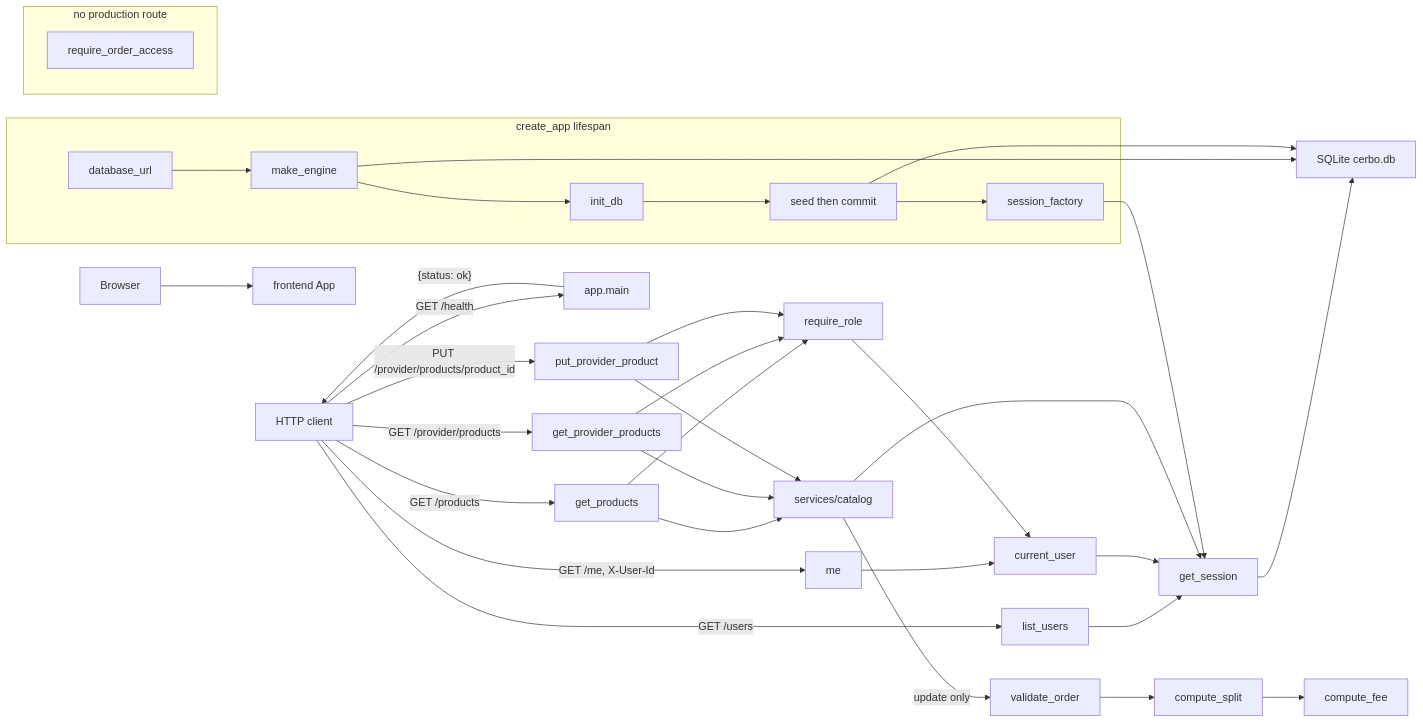
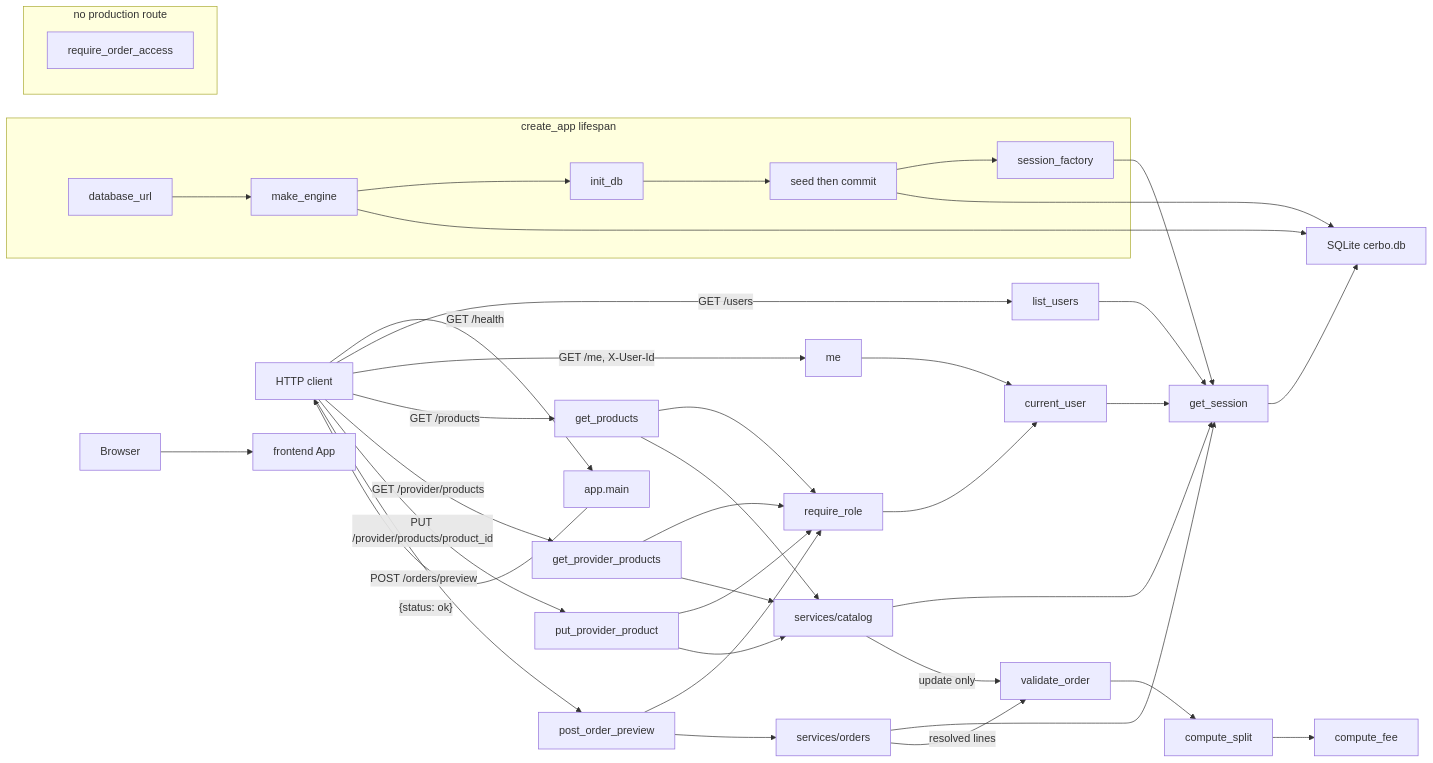
One commit to drtclem/cerbo_wk1 changed the diagram in docs/diagrams/overview.md. Above: the diagram before and after it, drawn with Mermaid. The commit also changed other lines of this file and 8 other files, not shown here.

Commit message:
T5: order preview

````diff
--- a/docs/diagrams/overview.md
+++ b/docs/diagrams/overview.md
@@ -7,45 +7,50 @@
 ```mermaid
 flowchart LR
   browser["Browser"] --> frontendApp["frontend App"]
 
   httpClient["HTTP client"] -->|"GET /health"| fastapiApp["app.main"]
   fastapiApp -->|"{status: ok}"| httpClient
 
   httpClient -->|"GET /users"| listUsers["list_users"]
   httpClient -->|"GET /me, X-User-Id"| meRoute["me"]
   meRoute --> currentUser["current_user"]
   listUsers --> getSession["get_session"]
   currentUser --> getSession
 
   httpClient -->|"GET /products"| getProducts["get_products"]
   httpClient -->|"GET /provider/products"| getProviderProducts["get_provider_products"]
   httpClient -->|"PUT /provider/products/product_id"| putProviderProduct["put_provider_product"]
+  httpClient -->|"POST /orders/preview"| postOrderPreview["post_order_preview"]
   getProducts --> requireRole["require_role"]
   getProviderProducts --> requireRole
   putProviderProduct --> requireRole
+  postOrderPreview --> requireRole
   requireRole --> currentUser
   getProducts --> catalogSvc["services/catalog"]
   getProviderProducts --> catalogSvc
   putProviderProduct --> catalogSvc
+  postOrderPreview --> ordersSvc["services/orders"]
   catalogSvc --> getSession
+  ordersSvc --> getSession
   catalogSvc -->|"update only"| validateOrder["validate_order"]
+  ordersSvc -->|"resolved lines"| validateOrder
   getSession --> sqliteFile["SQLite cerbo.db"]
 
   subgraph startup ["create_app lifespan"]
     configUrl["database_url"] --> makeEngine["make_engine"]
     makeEngine --> initDb["init_db"]
     initDb --> seedCommit["seed then commit"]
     seedCommit --> sessionFactory["session_factory"]
   end
 
   sessionFactory --> getSession
   makeEngine --> sqliteFile
   seedCommit --> sqliteFile
 
   subgraph unusedAuth ["no production route"]
     requireOrder["require_order_access"]
   end
 
   validateOrder --> computeSplit["compute_split"]
   computeSplit --> computeFee["compute_fee"]
 ```
````
